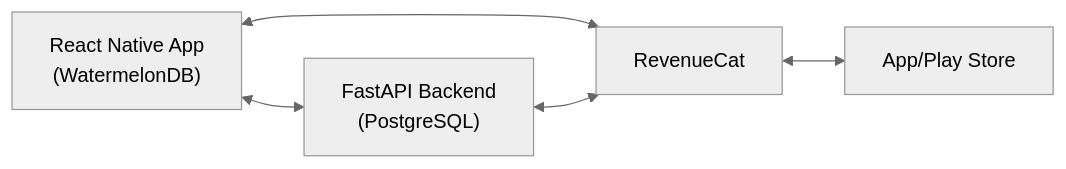
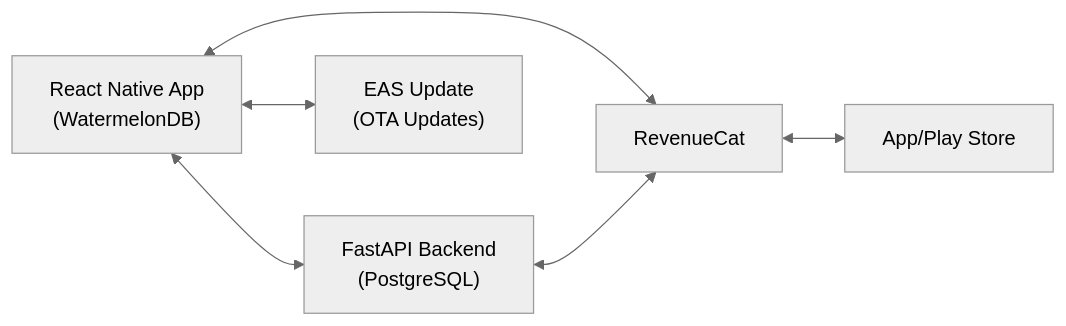
One commit to Pescatarian/Turn-Pro-Poker changed the diagram in implementation-plan.md. Above: the diagram before and after it, drawn with Mermaid (neutral theme). The commit also changed other lines of this file and 14 other files, not shown here.

````diff
--- a/implementation-plan.md
+++ b/implementation-plan.md
@@ -33,7 +37,8 @@
 ```mermaid
 flowchart LR
     Mobile["React Native App<br/>(WatermelonDB)"] <--> Backend["FastAPI Backend<br/>(PostgreSQL)"]
     Mobile <--> RC["RevenueCat"]
+    Mobile <--> EAS["EAS Update<br/>(OTA Updates)"]
     Backend <--> RC
     RC <--> Stores["App/Play Store"]
 ```
````
